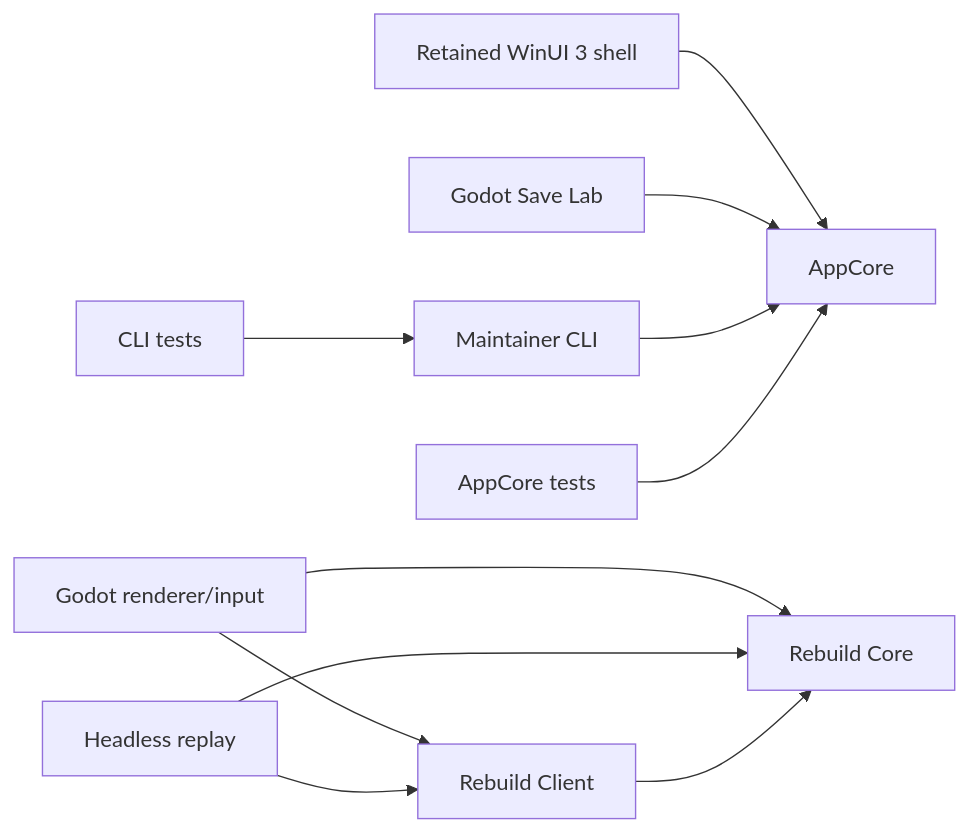
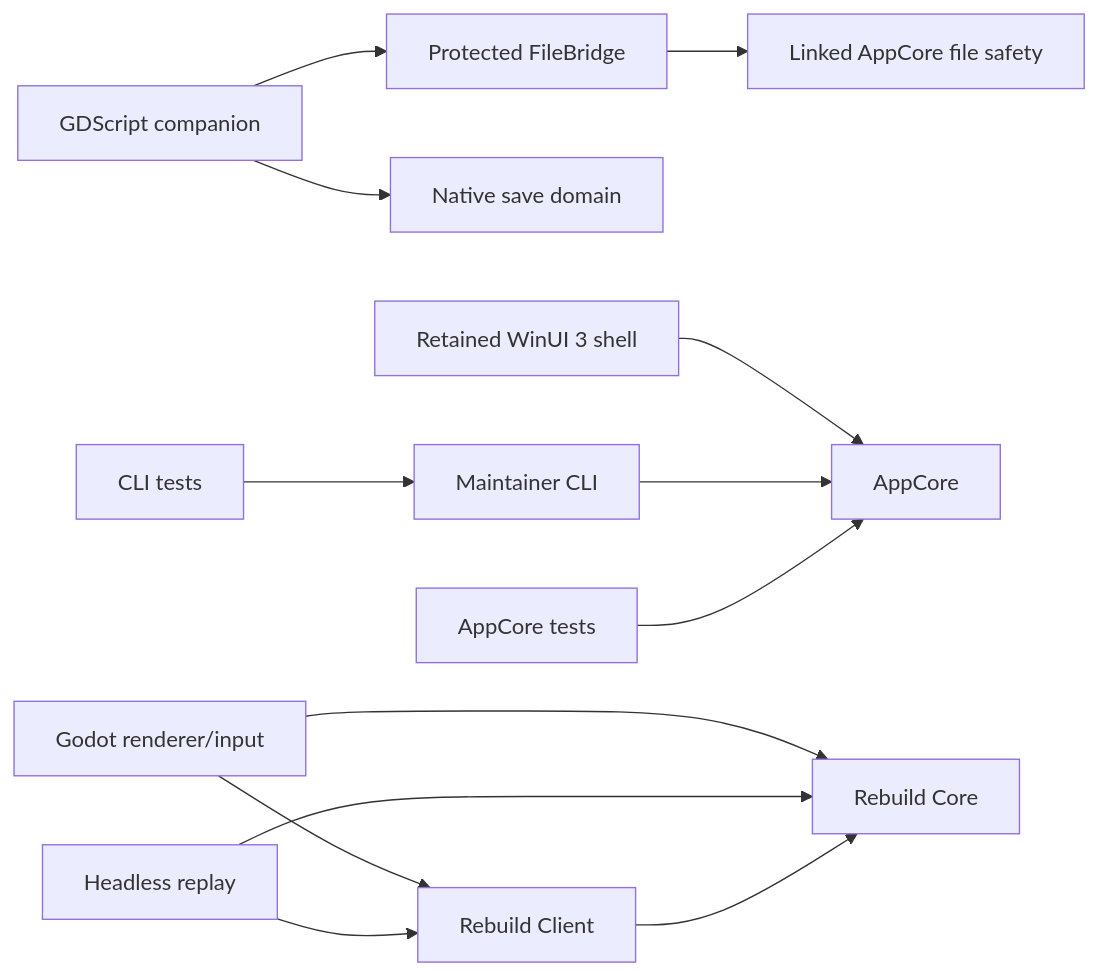
Before and after one commit to dlprentice/Onslaught-Career-Editor: the diagram in PROJECT-INDEX.md, drawn with Mermaid. The commit also changed other lines of this file and 27 other files, not shown here.

Commit message:
Move companion workflows into editable GDScript scenes [skip ci]

````diff
--- a/PROJECT-INDEX.md
+++ b/PROJECT-INDEX.md
@@ -21,13 +21,15 @@
 ```mermaid
 flowchart LR
     W["Retained WinUI 3 shell"] --> A["AppCore"]
-    T["Godot Save Lab"] --> A
+    T["GDScript companion"] --> D["Native save domain"]
+    T --> B["Protected FileBridge"]
+    B --> S["Linked AppCore file safety"]
     C["Maintainer CLI"] --> A
     AT["AppCore tests"] --> A
     CT["CLI tests"] --> C
     G["Godot renderer/input"] --> RC["Rebuild Client"]
     G --> RCore["Rebuild Core"]
     H["Headless replay"] --> RC
     H --> RCore
     RC --> RCore
 ```
````
